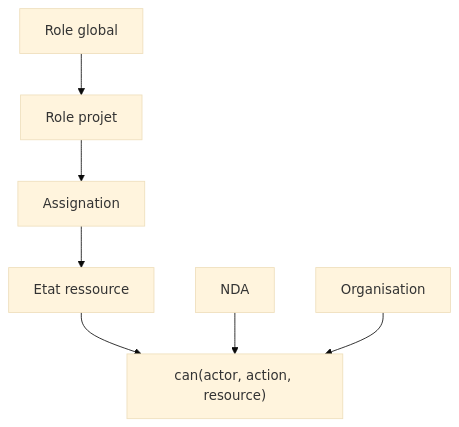
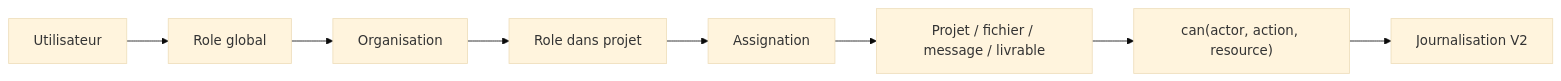
The second of 2 diagrams in docs/roles-permissions.md (RAYAN-DOB/vellum), drawn with Mermaid (base theme) before and after one commit. The commit also changed other lines of this file and 42 other files, not shown here.

Commit message:
Rebuild visual identity with architectural premium UI

````diff
--- a/docs/roles-permissions.md
+++ b/docs/roles-permissions.md
@@ -20,9 +26,10 @@
 ```mermaid
-flowchart TD
-  Role["Role global"] --> ProjectRole["Role projet"]
+flowchart LR
+  User["Utilisateur"] --> GlobalRole["Role global"]
+  GlobalRole --> Org["Organisation"]
+  Org --> ProjectRole["Role dans projet"]
   ProjectRole --> Assignment["Assignation"]
-  Assignment --> ResourceState["Etat ressource"]
-  ResourceState --> Permission["can(actor, action, resource)"]
-  NDA["NDA"] --> Permission
-  Org["Organisation"] --> Permission
+  Assignment --> Resource["Projet / fichier / message / livrable"]
+  Resource --> Policy["can(actor, action, resource)"]
+  Policy --> Audit["Journalisation V2"]
 ```
````
